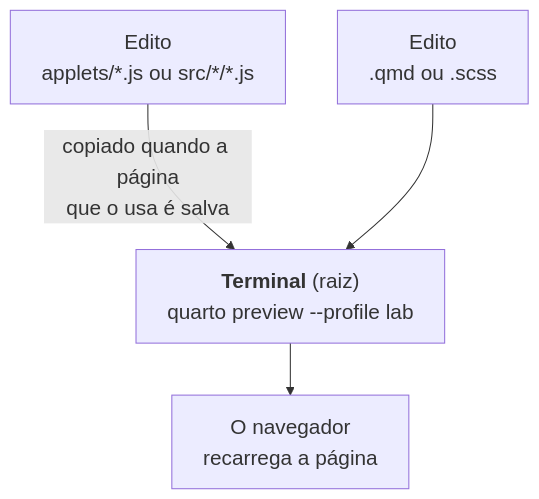
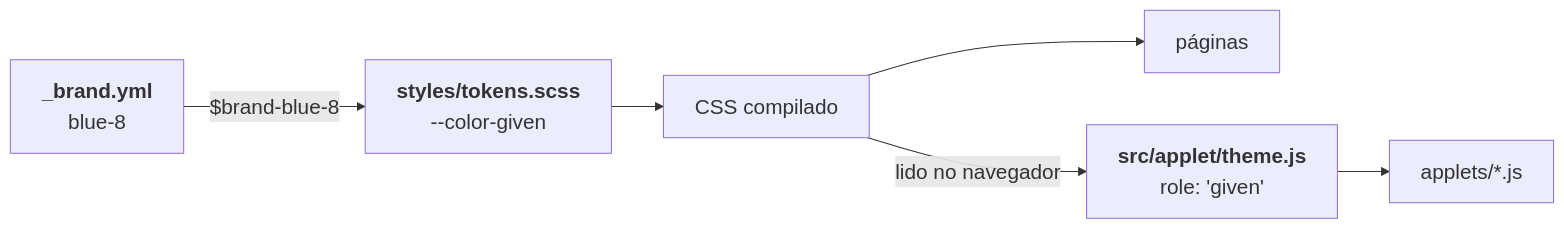
One commit to lcmerlo/livro-online-fcg changed the third of 3 diagrams in _interno/diretrizes/arquitetura.md. Above: the diagram before and after it, drawn with Mermaid. The commit also changed other lines of this file and 8 other files, not shown here.

````diff
--- a/_interno/diretrizes/arquitetura.md
+++ b/_interno/diretrizes/arquitetura.md
@@ -497,12 +182,9 @@
 ```mermaid
 %%{init: {"themeVariables": {"fontSize": "20px"}, "flowchart": {"wrappingWidth": 420}}}%%
-flowchart TD
-    edjs["Edito<br/>applets/*.js ou src/*/*.js"]
-    edqmd["Edito<br/>.qmd ou .scss"]
-    p["<b>Terminal</b> (raiz)<br/>quarto preview --profile lab"]
-    nav["O navegador<br/>recarrega a página"]
-
-    edjs -->|"copiado quando a página<br/>que o usa é salva"| p
-    edqmd --> p
-    p --> nav
+flowchart LR
+    b["<b>_brand.yml</b><br/>blue-8"] -->|"$brand-blue-8"| s["<b>styles/tokens.scss</b><br/>--color-given"]
+    s --> css["CSS compilado"]
+    css --> site["páginas"]
+    css -->|"lido no navegador"| t["<b>src/applet/theme.js</b><br/>role: 'given'"]
+    t --> a["applets/*.js"]
 ```
````
